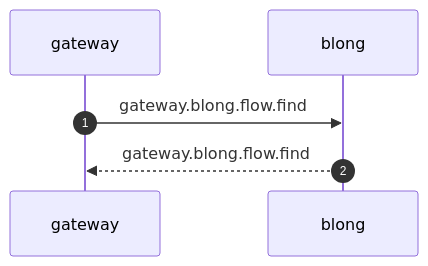
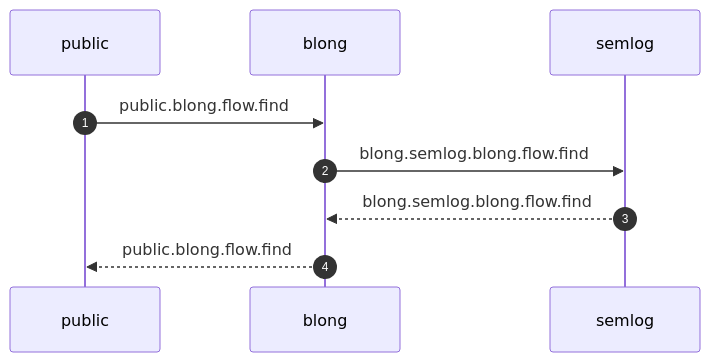
The diagram in core/blong-realm/docs/observedFlows.md (feasibleone/blong), drawn with Mermaid before and after one commit. The commit also changed 30 other files, not shown here.

Commit message:
fix: sequence diagram leg capturing logic

````diff
--- a/core/blong-realm/docs/observedFlows.md
+++ b/core/blong-realm/docs/observedFlows.md
@@ -3,8 +3,11 @@
 ```mermaid
 sequenceDiagram
     autonumber
-    participant gateway
+    participant public
     participant blong
-    gateway->>blong: gateway.blong.flow.find
-    blong-->>gateway: gateway.blong.flow.find
+    participant semlog
+    public->>blong: public.blong.flow.find
+    blong->>semlog: blong.semlog.blong.flow.find
+    semlog-->>blong: blong.semlog.blong.flow.find
+    blong-->>public: public.blong.flow.find
 ```
````
